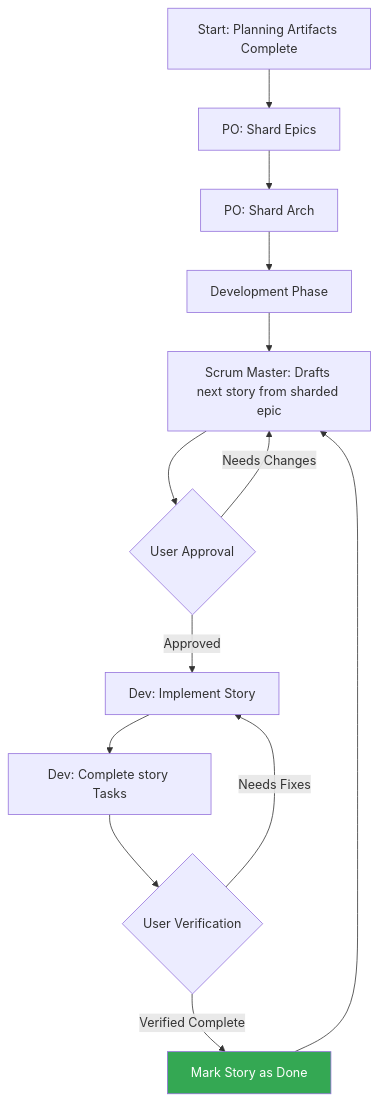
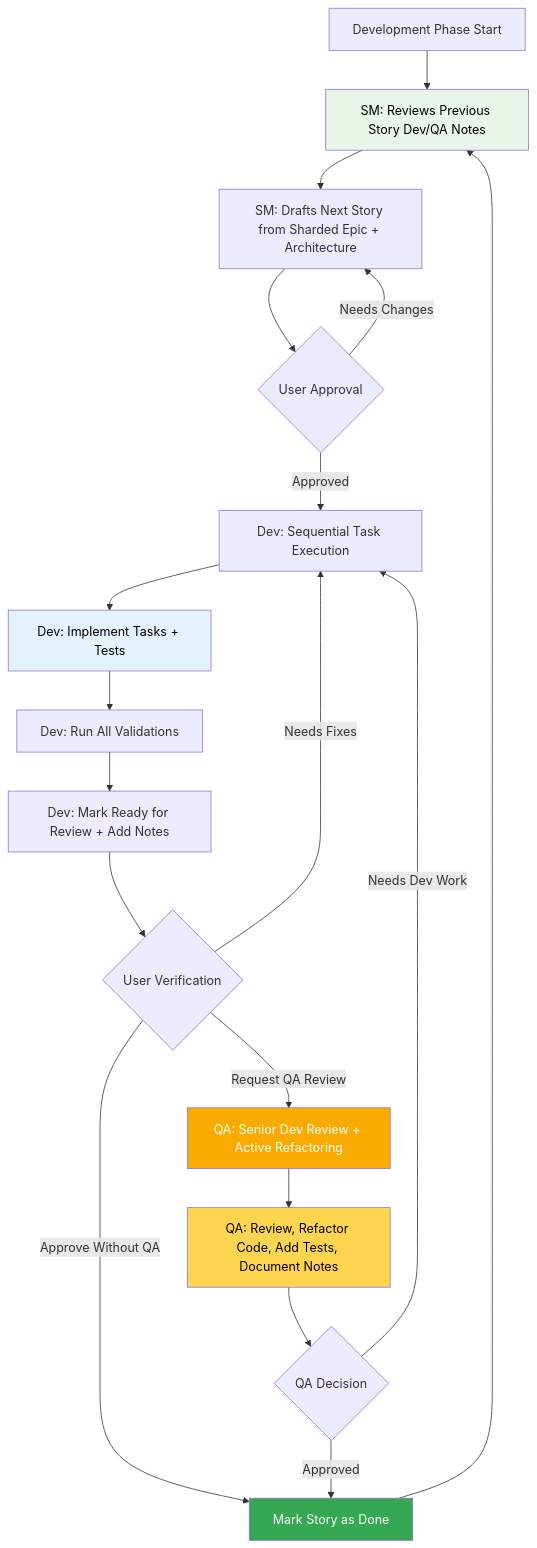
The second of 2 diagrams in docs/user-guide.md (zsutxz/BMAD-METHOD), drawn with Mermaid before and after one commit. The commit also changed other lines of this file and 31 other files, not shown here.

Commit message:
feat: Massive documentation refactor, added explanation of the new expanded role of the QA agent that will make your code quality MUCH better. 2 new diagram clearly explain the role of the pre dev ideation cycle (prd and architecture) and the details of how the dev cycle works.

````diff
--- a/docs/user-guide.md
+++ b/docs/user-guide.md
@@ -285,17 +325,26 @@
 ```mermaid
 graph TD
-    A["Start: Planning Artifacts Complete"] --> B["PO: Shard Epics"]
-    B --> C["PO: Shard Arch"]
-    C --> D["Development Phase"]
-    D --> E["Scrum Master: Drafts next story from sharded epic"]
-    E --> F{"User Approval"}
-    F -->|Approved| G["Dev: Implement Story"]
-    F -->|Needs Changes| E
-    G --> H["Dev: Complete story Tasks"]
-    H --> I{"User Verification"}
-    I -->|Verified Complete| J["Mark Story as Done"]
-    I -->|Needs Fixes| G
-    J --> E
+    A["Development Phase Start"] --> B["SM: Reviews Previous Story Dev/QA Notes"]
+    B --> B2["SM: Drafts Next Story from Sharded Epic + Architecture"]
+    B2 --> C{"User Approval"}
+    C -->|Approved| D["Dev: Sequential Task Execution"]
+    C -->|Needs Changes| B2
+    D --> E["Dev: Implement Tasks + Tests"]
+    E --> F["Dev: Run All Validations"]
+    F --> G["Dev: Mark Ready for Review + Add Notes"]
+    G --> H{"User Verification"}
+    H -->|Request QA Review| I["QA: Senior Dev Review + Active Refactoring"]
+    H -->|Approve Without QA| K["Mark Story as Done"]
+    I --> J["QA: Review, Refactor Code, Add Tests, Document Notes"]
+    J --> L{"QA Decision"}
+    L -->|Needs Dev Work| D
+    L -->|Approved| K
+    H -->|Needs Fixes| D
+    K --> B
 
-    style J fill:#34a853,color:#fff
+    style K fill:#34a853,color:#fff
+    style I fill:#f9ab00,color:#fff
+    style J fill:#ffd54f,color:#000
+    style E fill:#e3f2fd,color:#000
+    style B fill:#e8f5e9,color:#000
 ```
````
